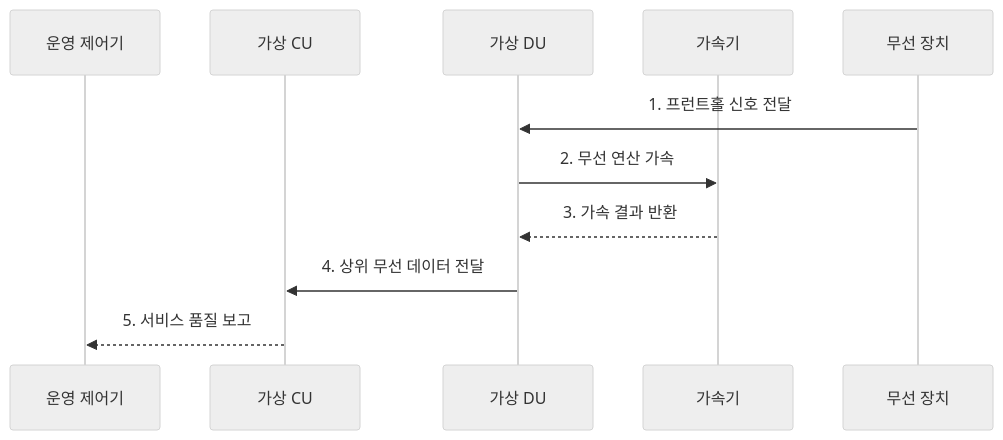
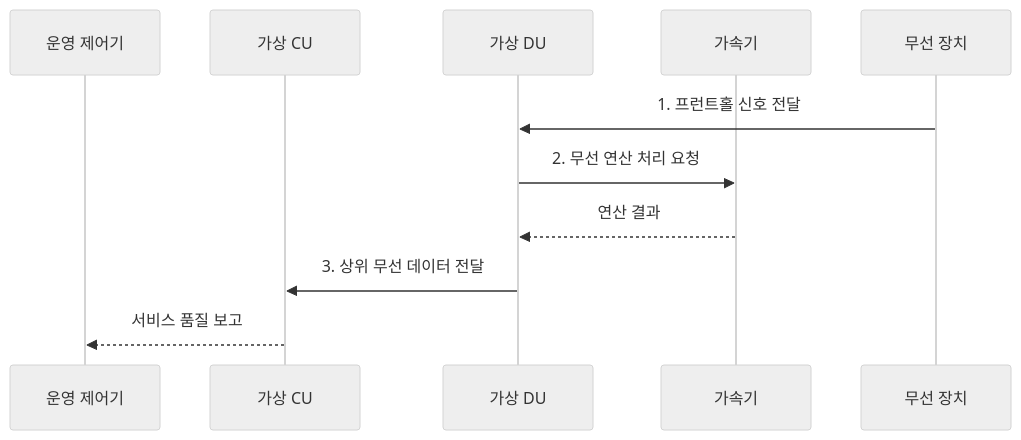
The second of 2 diagrams in src/content/docs/notes/04-network/112_virtual_ran.md (agnusdei1207/knowledge-base), drawn with Mermaid (neutral theme) before and after one commit. The commit also changed other lines of this file and 16 other files, not shown here.

````diff
--- a/src/content/docs/notes/04-network/112_virtual_ran.md
+++ b/src/content/docs/notes/04-network/112_virtual_ran.md
@@ -82,13 +80,13 @@
 ```mermaid
 sequenceDiagram
   participant O as 운영 제어기
   participant C as 가상 CU
   participant D as 가상 DU
   participant A as 가속기
   participant R as 무선 장치
   R->>D: 1. 프런트홀 신호 전달
-  D->>A: 2. 무선 연산 가속
-  A-->>D: 3. 가속 결과 반환
-  D->>C: 4. 상위 무선 데이터 전달
-  C-->>O: 5. 서비스 품질 보고
+  D->>A: 2. 무선 연산 처리 요청
+  A-->>D: 연산 결과
+  D->>C: 3. 상위 무선 데이터 전달
+  C-->>O: 서비스 품질 보고
 ```
````
